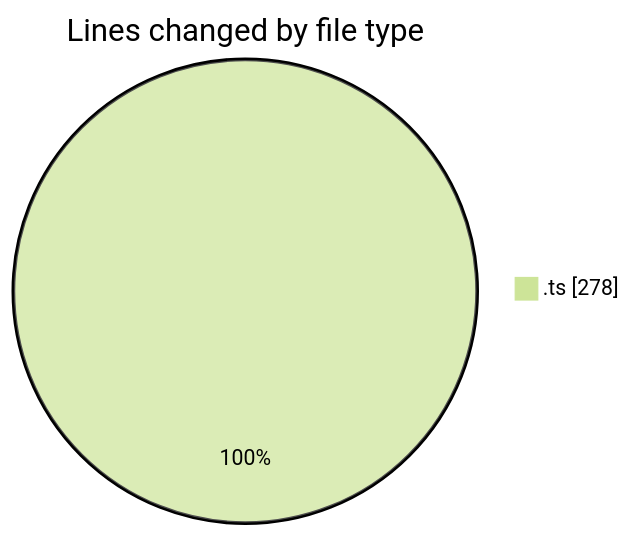
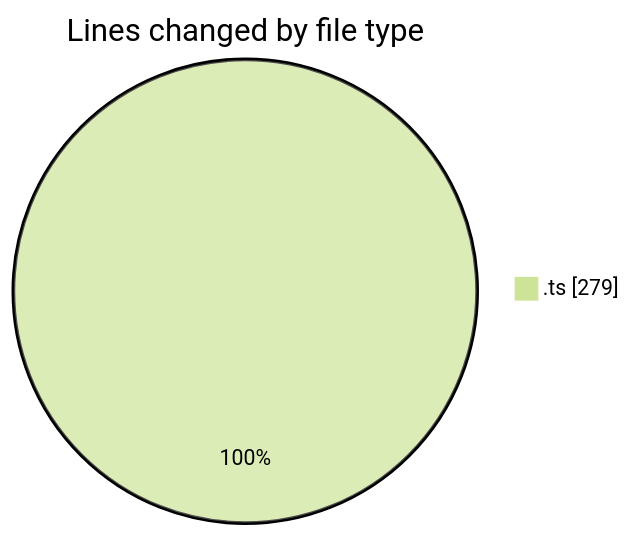
One commit to tmsrecording-cyber/code-tracking changed the first of 2 diagrams in 2026-02-09/singularitybrainai/README.md. Above: the diagram before and after it, drawn with Mermaid (forest theme). The commit also changed other lines of this file and 1 other file, not shown here.

````diff
--- a/2026-02-09/singularitybrainai/README.md
+++ b/2026-02-09/singularitybrainai/README.md
@@ -21,5 +21,5 @@
 ```mermaid
 pie showData
 title Lines changed by file type
-".ts" : 278
+".ts" : 279
 ```
````
